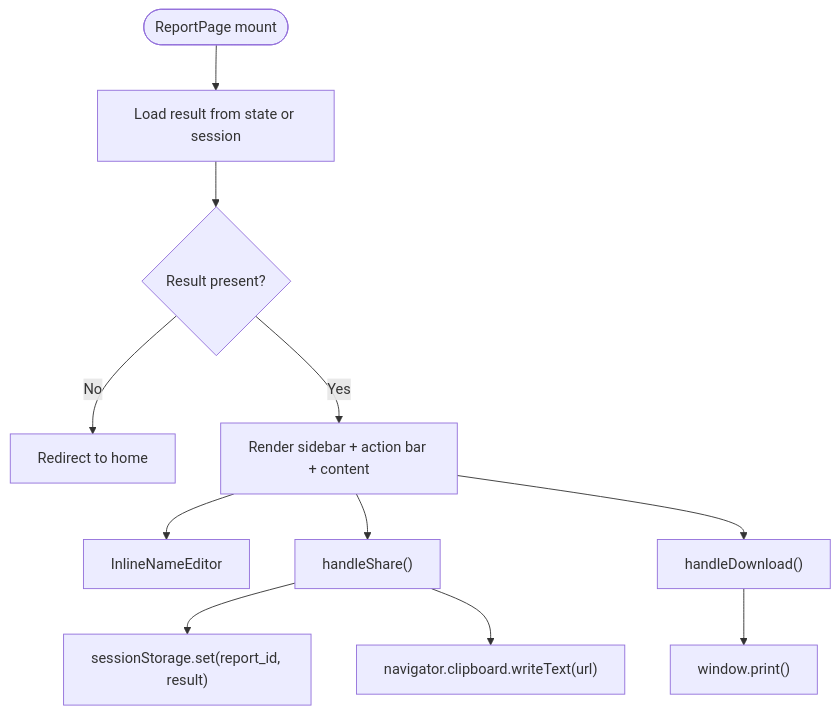
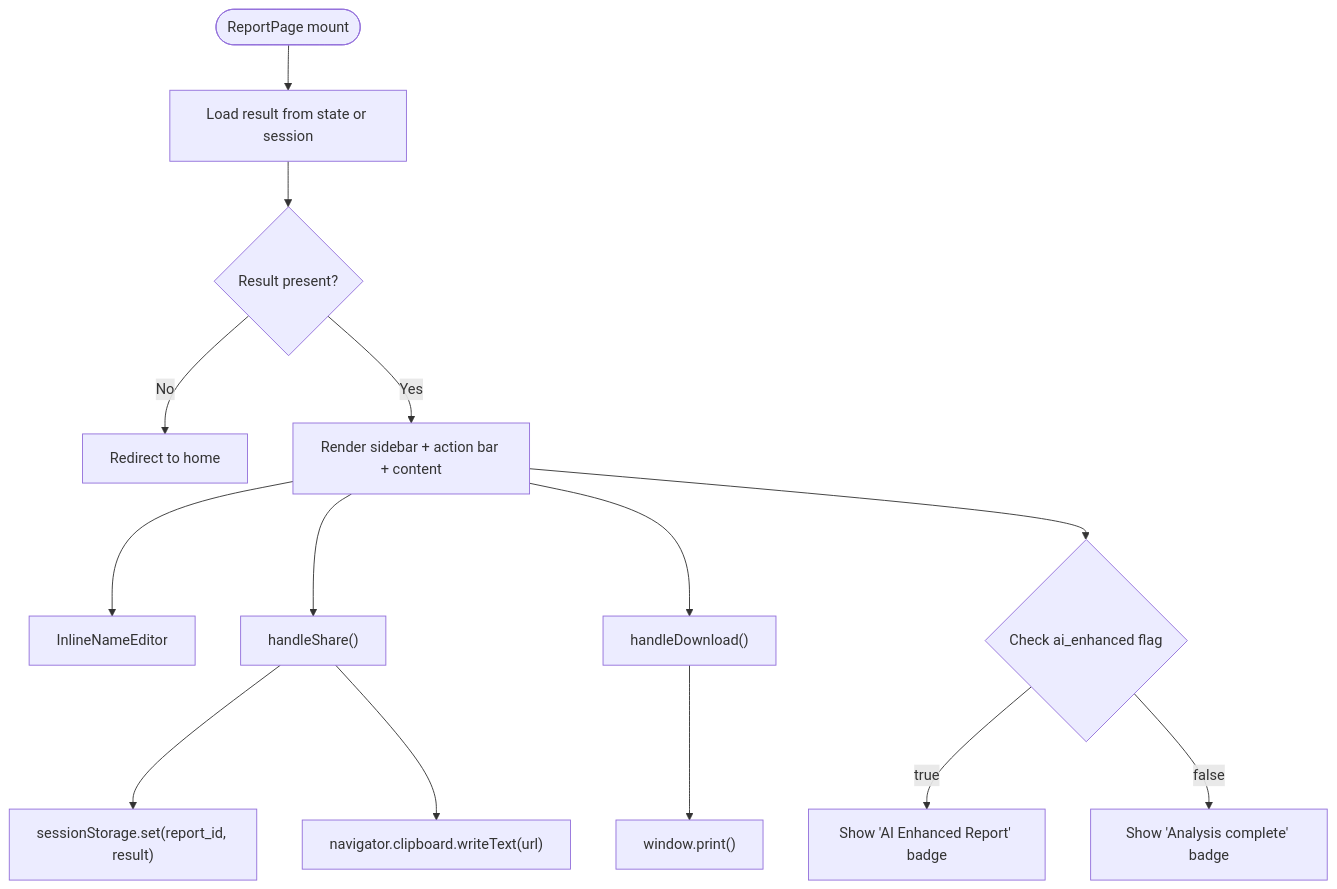
Before and after one commit to Revanththetalogics/aireume: the third of 13 diagrams in .qoder/repowiki/en/content/Reporting & Analytics/Individual Reports.md, drawn with Mermaid. The commit also changed other lines of this file and 6 other files, not shown here.

````diff
--- a/.qoder/repowiki/en/content/Reporting & Analytics/Individual Reports.md
+++ b/.qoder/repowiki/en/content/Reporting & Analytics/Individual Reports.md
@@ -173,13 +204,16 @@
 ```mermaid
 flowchart TD
 Start(["ReportPage mount"]) --> LoadResult["Load result from state or session"]
 LoadResult --> HasResult{"Result present?"}
 HasResult -- No --> Redirect["Redirect to home"]
 HasResult -- Yes --> Render["Render sidebar + action bar + content"]
 Render --> NameEditor["InlineNameEditor"]
 Render --> Share["handleShare()"]
 Render --> Download["handleDownload()"]
+Render --> CheckAIEnhanced{"Check ai_enhanced flag"}
+CheckAIEnhanced --> |true| AIEnhancedBadge["Show 'AI Enhanced Report' badge"]
+CheckAIEnhanced --> |false| AnalysisCompleteBadge["Show 'Analysis complete' badge"]
 Share --> SessionStore["sessionStorage.set(report_id, result)"]
 Share --> Copy["navigator.clipboard.writeText(url)"]
 Download --> Print["window.print()"]
 ```
````
